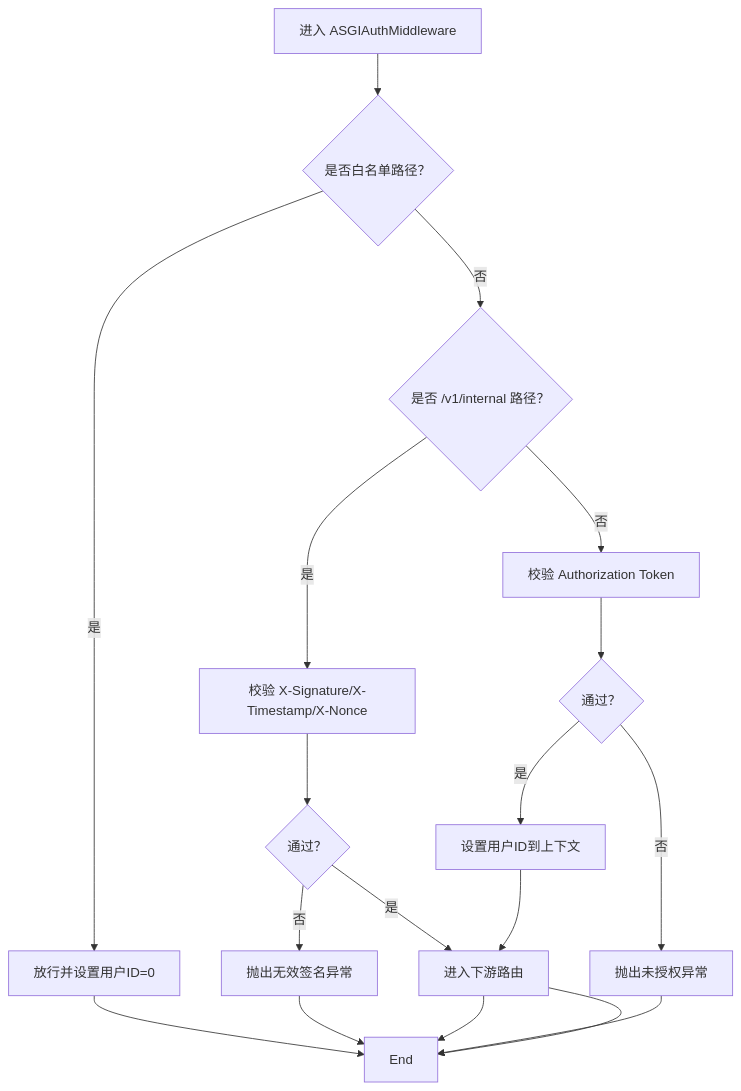
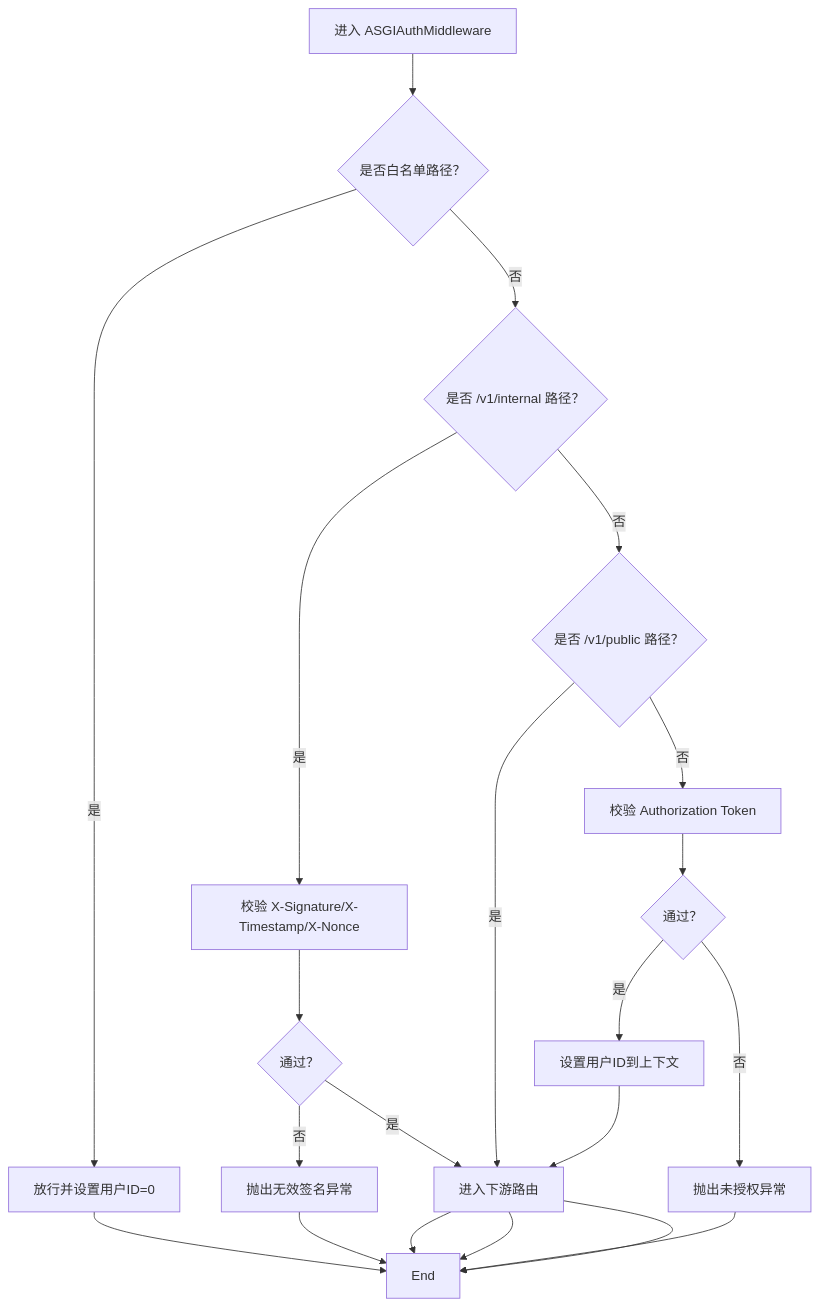
One commit to lilinzezzzzzz/fastapi-backend changed the fourth of 6 diagrams in .qoder/repowiki/zh/content/API接口文档/Service API接口.md. Above: the diagram before and after it, drawn with Mermaid. The commit also changed other lines of this file and 42 other files, not shown here.

````diff
--- a/.qoder/repowiki/zh/content/API接口文档/Service API接口.md
+++ b/.qoder/repowiki/zh/content/API接口文档/Service API接口.md
@@ -169,12 +202,14 @@
 ```mermaid
 flowchart TD
 A["进入 ASGIAuthMiddleware"] --> B{"是否白名单路径？"}
 B -- 是 --> Pass["放行并设置用户ID=0"] --> End
 B -- 否 --> C{"是否 /v1/internal 路径？"}
 C -- 是 --> D["校验 X-Signature/X-Timestamp/X-Nonce"] --> E{"通过？"}
 E -- 否 --> Err["抛出无效签名异常"] --> End
 E -- 是 --> Next["进入下游路由"] --> End
-C -- 否 --> F["校验 Authorization Token"] --> G{"通过？"}
-G -- 否 --> Err2["抛出未授权异常"] --> End
-G -- 是 --> SetCtx["设置用户ID到上下文"] --> Next --> End
+C -- 否 --> F{"是否 /v1/public 路径？"}
+F -- 是 --> Next --> End
+F -- 否 --> G["校验 Authorization Token"] --> H{"通过？"}
+H -- 否 --> Err2["抛出未授权异常"] --> End
+H -- 是 --> SetCtx["设置用户ID到上下文"] --> Next --> End
 ```
````
